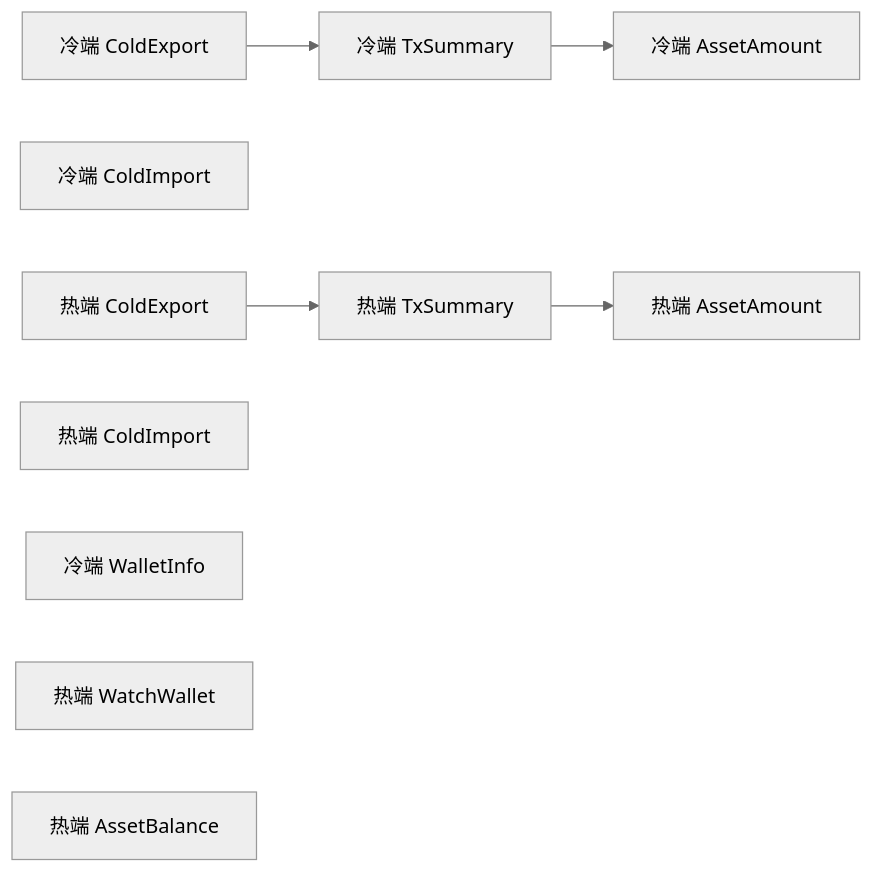
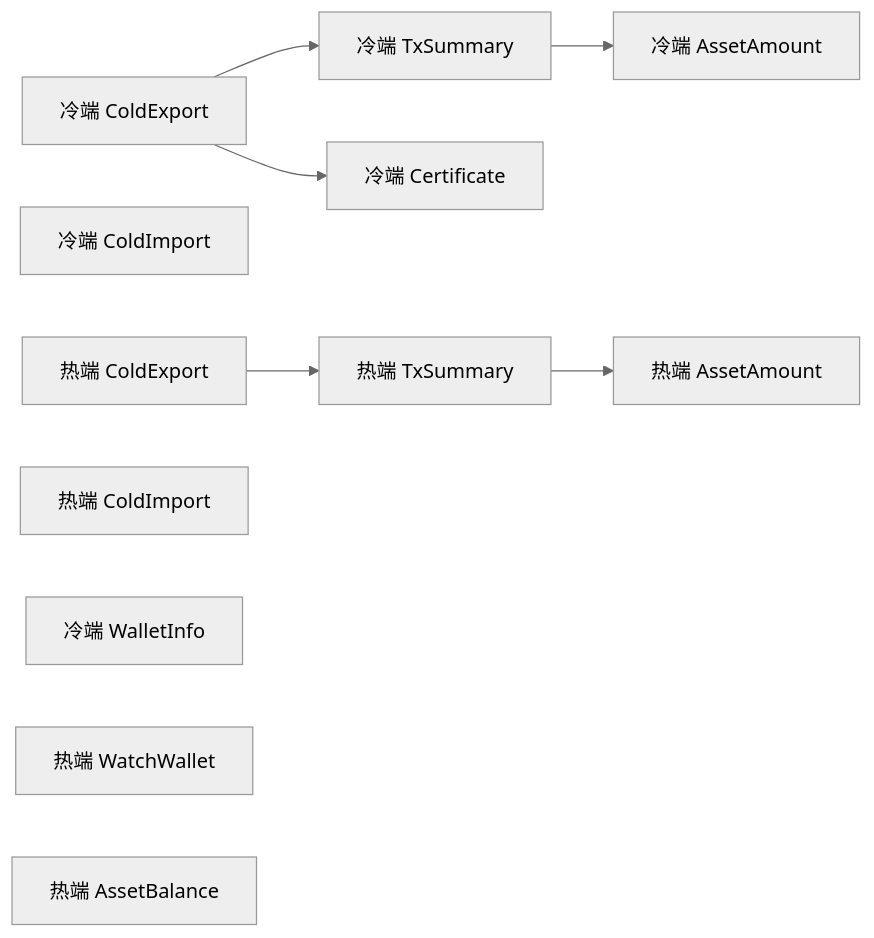
Before and after one commit to EqualToEthan/stasis: the seventh of 8 diagrams in .qoder/repowiki/zh/content/数据模型.md, drawn with Mermaid (neutral theme). The commit also changed other lines of this file and 40 other files, not shown here.

````diff
--- a/.qoder/repowiki/zh/content/数据模型.md
+++ b/.qoder/repowiki/zh/content/数据模型.md
@@ -322,12 +398,13 @@
 ```mermaid
 graph LR
 CE_app["冷端 ColdExport"] --> TS_app["冷端 TxSummary"]
 TS_app --> AA_app["冷端 AssetAmount"]
+CE_app --> CERT_APP["冷端 Certificate"]
 CI_app["冷端 ColdImport"]
 CE_watch["热端 ColdExport"] --> TS_watch["热端 TxSummary"]
 TS_watch --> AA_watch["热端 AssetAmount"]
 CI_watch["热端 ColdImport"]
 WI["冷端 WalletInfo"]
 WW["热端 WatchWallet"]
 AB["热端 AssetBalance"]
 ```
````
